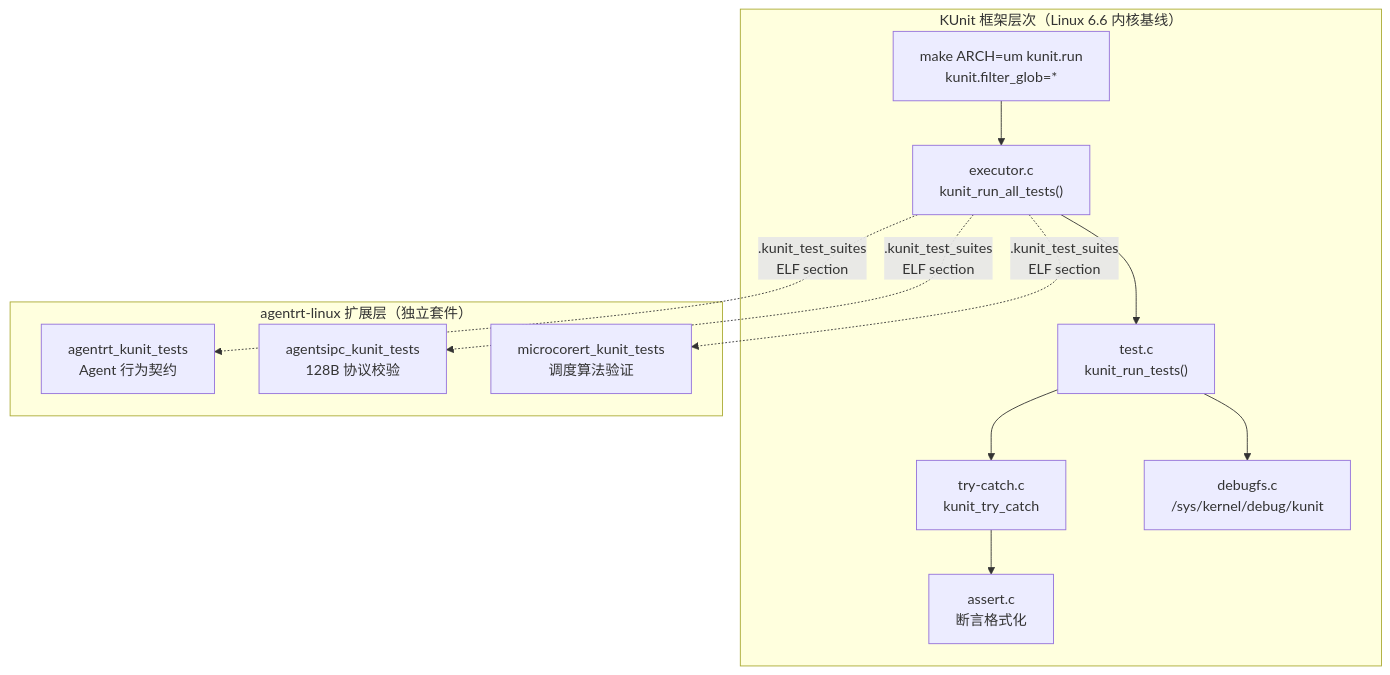
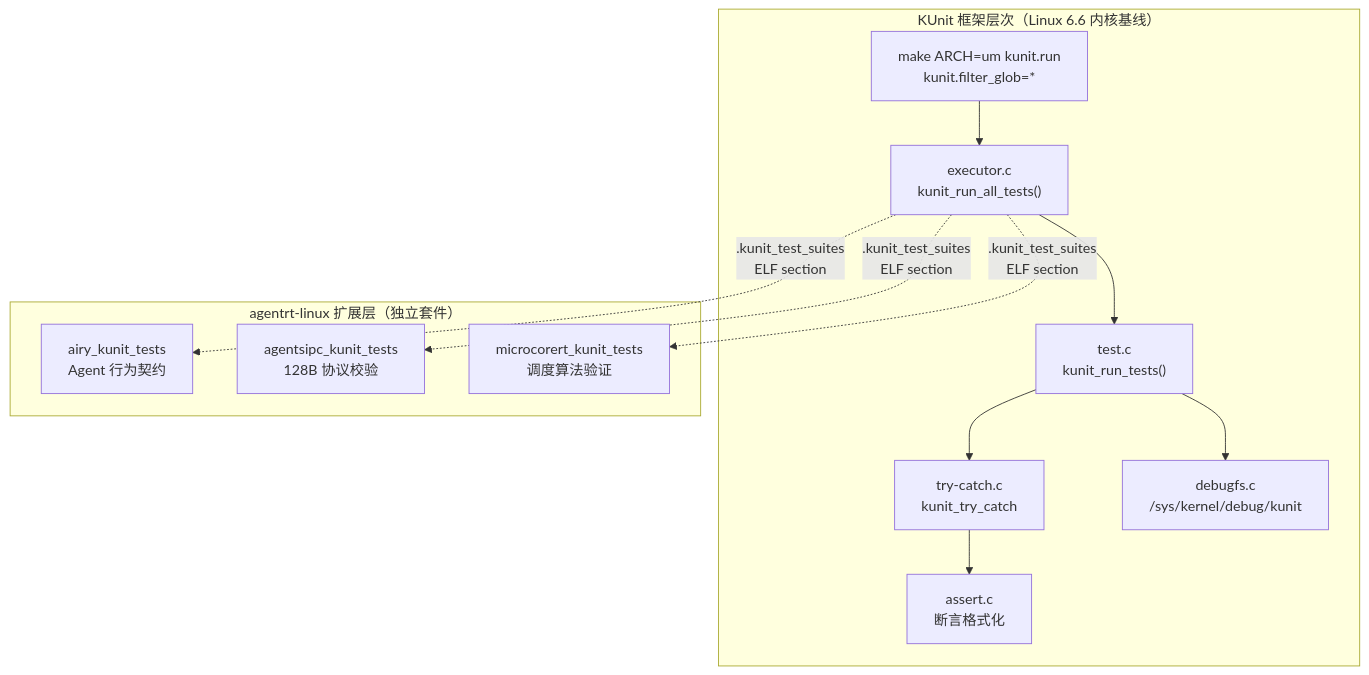
Before and after one commit to openairymax/docs-linux: the first of 4 diagrams in 80-testing/01-kunit-framework.md, drawn with Mermaid. The commit also changed other lines of this file and 132 other files, not shown here.

Commit message:
chore: 完成全项目命名空间从agentrt到airy的统一替换 本次提交完成了代码库中所有`agentrt_`相关命名空间、宏定义、标识符的统一替换，改为`airy_`前缀，同时完成了部分文档的排版优化与路径修正： 1. 替换了所有API函数、结构体、宏定义的命名前缀 2. 更新了文档中的示例代码与引用路径

````diff
--- a/80-testing/01-kunit-framework.md
+++ b/80-testing/01-kunit-framework.md
@@ -43,21 +43,21 @@
 ```mermaid
 flowchart TB
     subgraph "KUnit 框架层次（Linux 6.6 内核基线）"
         A["make ARCH=um kunit.run<br/>kunit.filter_glob=*"]
         B["executor.c<br/>kunit_run_all_tests()"]
         C["test.c<br/>kunit_run_tests()"]
         D["try-catch.c<br/>kunit_try_catch"]
         E["assert.c<br/>断言格式化"]
         F["debugfs.c<br/>/sys/kernel/debug/kunit"]
     end
     A --> B --> C --> D --> E
     C --> F
     subgraph "agentrt-linux 扩展层（独立套件）"
-        H["agentrt_kunit_tests<br/>Agent 行为契约"]
+        H["airy_kunit_tests<br/>Agent 行为契约"]
         I["agentsipc_kunit_tests<br/>128B 协议校验"]
         J["microcorert_kunit_tests<br/>调度算法验证"]
     end
     B -.->|.kunit_test_suites<br/>ELF section| H
     B -.->|.kunit_test_suites<br/>ELF section| I
     B -.->|.kunit_test_suites<br/>ELF section| J
 ```
````
